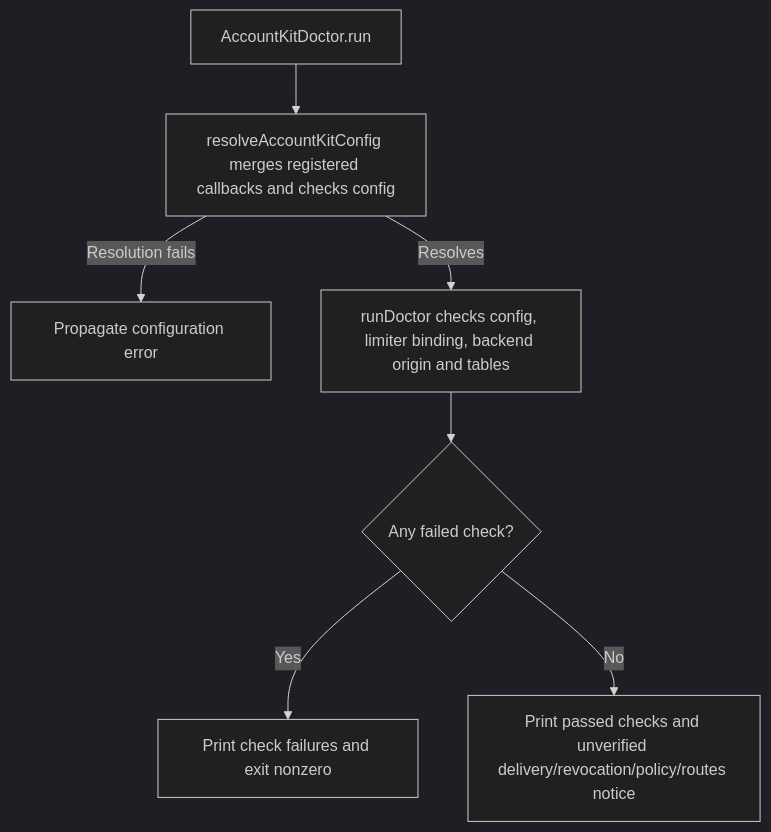
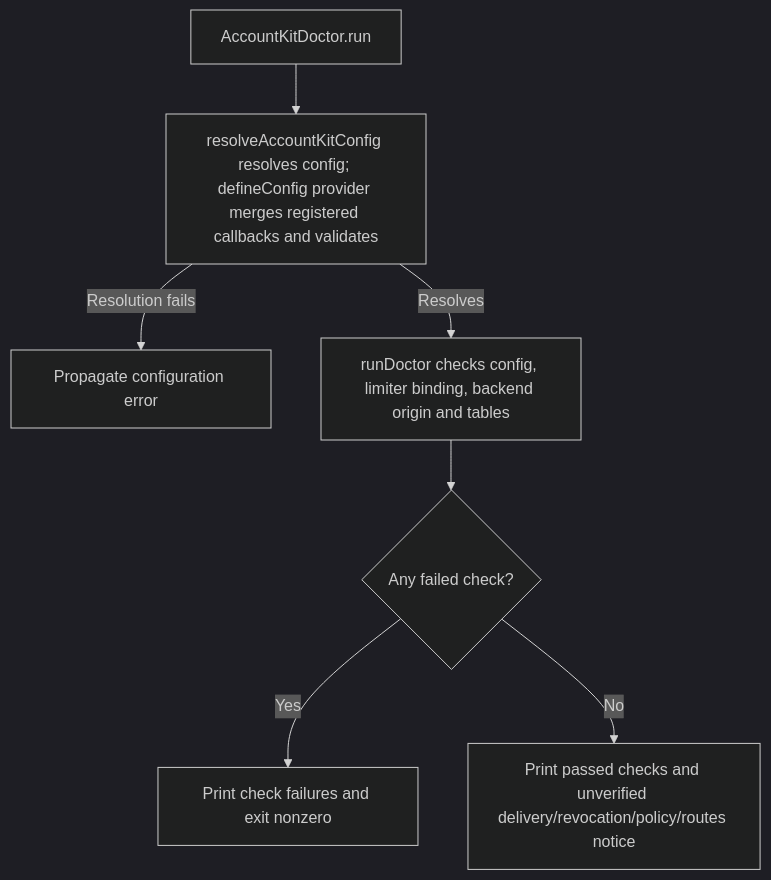
One commit to Kevinjohn/oss-adonisjs-account-kit changed the second of 2 diagrams in user-stories/US-ACCOUNT-32-diagnose-account-kit.md. Above: the diagram before and after it, drawn with Mermaid (dark theme). The commit also changed other lines of this file and 16 other files, not shown here.

````diff
--- a/user-stories/US-ACCOUNT-32-diagnose-account-kit.md
+++ b/user-stories/US-ACCOUNT-32-diagnose-account-kit.md
@@ -30,9 +30,9 @@
 ```mermaid
 flowchart TD
- A["AccountKitDoctor.run"] --> R["resolveAccountKitConfig merges registered callbacks and checks config"]
+ A["AccountKitDoctor.run"] --> R["resolveAccountKitConfig resolves config; defineConfig provider merges registered callbacks and validates"]
  R -->|Resolution fails| F["Propagate configuration error"]
  R -->|Resolves| B["runDoctor checks config, limiter binding, backend origin and tables"]
  B --> C{"Any failed check?"}
  C -->|Yes| D["Print check failures and exit nonzero"]
  C -->|No| E["Print passed checks and unverified delivery/revocation/policy/routes notice"]
 ```
````
